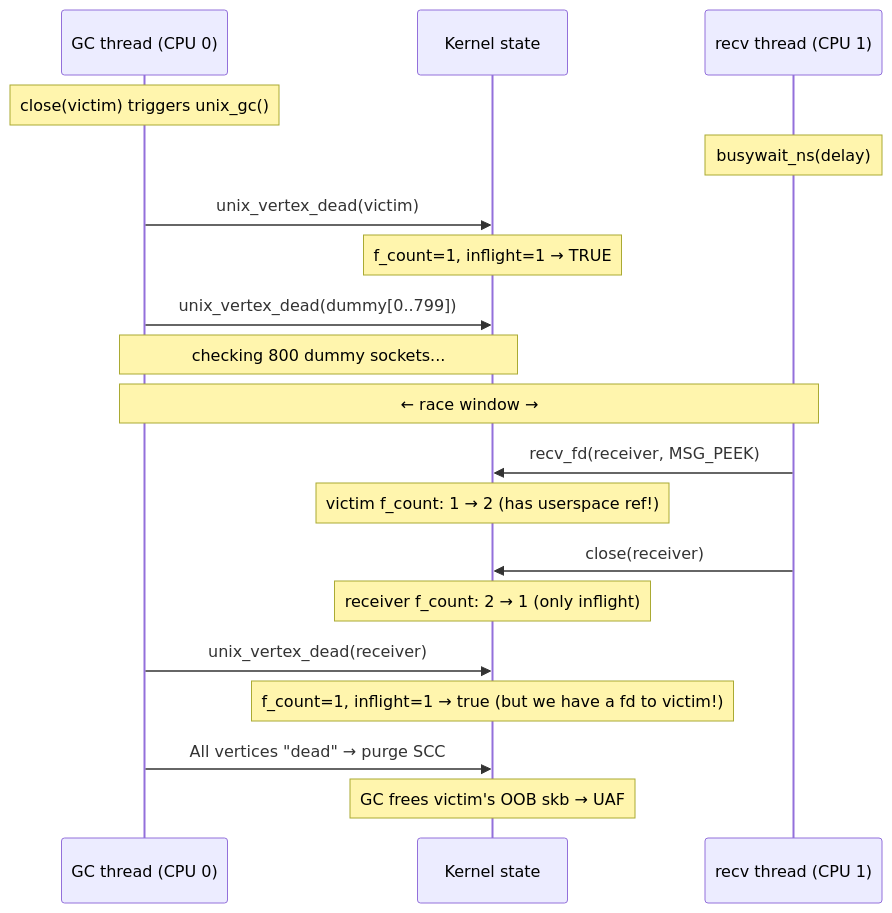
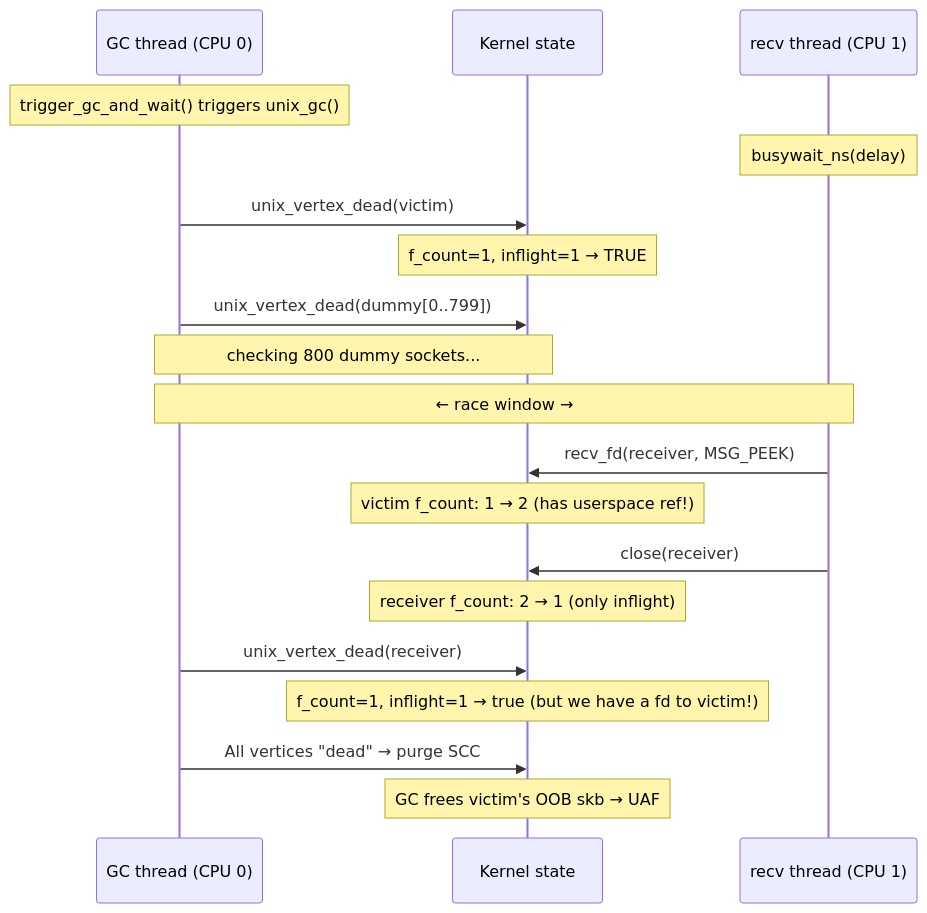
Before and after one commit to google/security-research: the diagram in pocs/linux/kernelctf/CVE-2026-23394_lts_cos_mitigation/docs/exploit.md, drawn with Mermaid. The commit also changed other lines of this file and 6 other files, not shown here.

````diff
--- a/pocs/linux/kernelctf/CVE-2026-23394_lts_cos_mitigation/docs/exploit.md
+++ b/pocs/linux/kernelctf/CVE-2026-23394_lts_cos_mitigation/docs/exploit.md
@@ -43,29 +54,29 @@
 ```mermaid
 sequenceDiagram
     participant GC as GC thread (CPU 0)
     participant K as Kernel state
     participant R as recv thread (CPU 1)
 
-    Note over GC: close(victim) triggers unix_gc()
+    Note over GC: trigger_gc_and_wait() triggers unix_gc()
     Note over R: busywait_ns(delay)
 
     GC->>K: unix_vertex_dead(victim)
     Note over K: f_count=1, inflight=1 → TRUE
 
     GC->>K: unix_vertex_dead(dummy[0..799])
     Note over GC,K: checking 800 dummy sockets...
 
     Note over GC,R: ← race window →
 
     R->>K: recv_fd(receiver, MSG_PEEK)
     Note over K: victim f_count: 1 → 2 (has userspace ref!)
 
     R->>K: close(receiver)
     Note over K: receiver f_count: 2 → 1 (only inflight)
 
     GC->>K: unix_vertex_dead(receiver)
     Note over K: f_count=1, inflight=1 → true (but we have a fd to victim!)
 
     GC->>K: All vertices "dead" → purge SCC
     Note over K: GC frees victim's OOB skb → UAF
 ```
````
